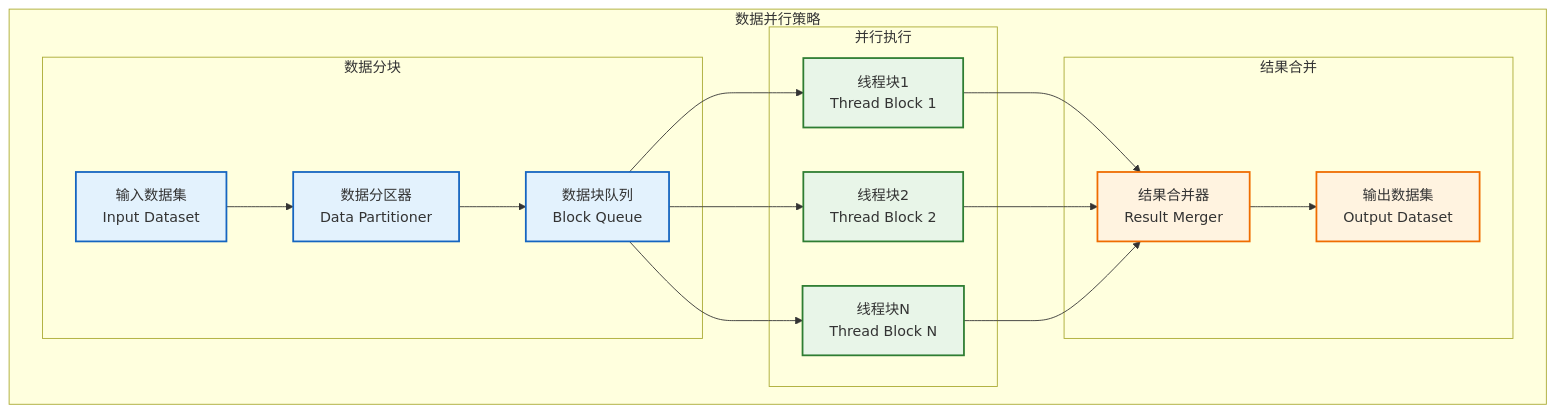
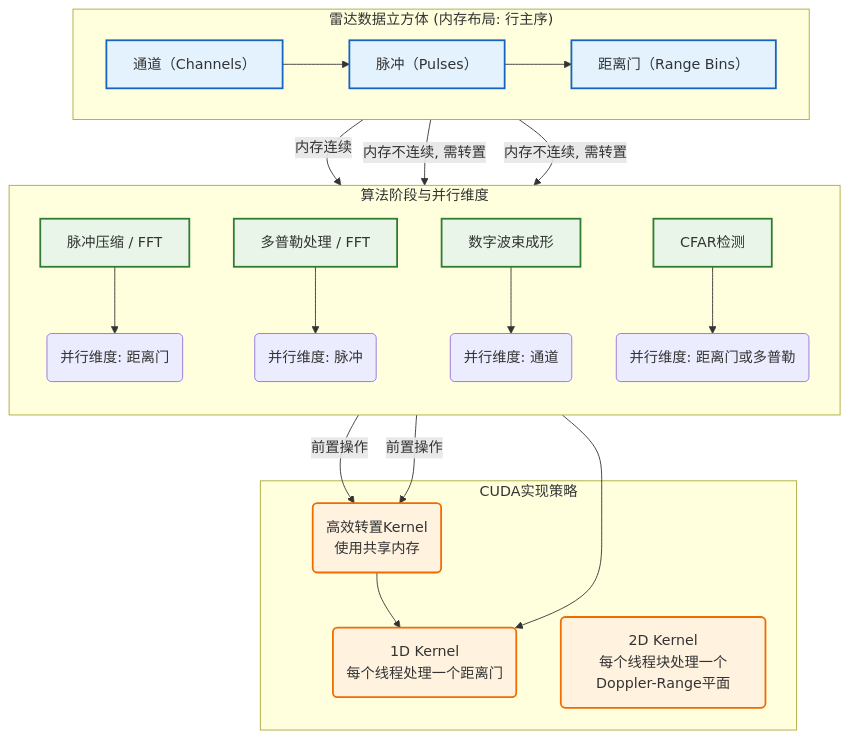
One commit to wendizhou99-cell/Radar changed diagram 13 of 15 in docs/01_项目设计/02_模块设计/02_信号处理模块设计.md. Above: the diagram before and after it, drawn with Mermaid. The commit also changed other lines of this file and 7 other files, not shown here.

````diff
--- a/docs/01_项目设计/02_模块设计/02_信号处理模块设计.md
+++ b/docs/01_项目设计/02_模块设计/02_信号处理模块设计.md
@@ -704,45 +759,39 @@
 ```mermaid
-flowchart LR
-    subgraph "数据并行策略"
+graph TD
+    subgraph "雷达数据立方体 (内存布局: 行主序)"
         direction LR
-
-        subgraph "数据分块"
-            INPUT_DATA[输入数据集<br/>Input Dataset]
-            DATA_PARTITIONER[数据分区器<br/>Data Partitioner]
-            BLOCK_QUEUE[数据块队列<br/>Block Queue]
-        end
-
-        subgraph "并行执行"
-            THREAD_BLOCK1[线程块1<br/>Thread Block 1]
-            THREAD_BLOCK2[线程块2<br/>Thread Block 2]
-            THREAD_BLOCKN[线程块N<br/>Thread Block N]
-        end
-
-        subgraph "结果合并"
-            RESULT_MERGER[结果合并器<br/>Result Merger]
-            OUTPUT_DATA[输出数据集<br/>Output Dataset]
-        end
-
-        %% 数据流向
-        INPUT_DATA --> DATA_PARTITIONER
-        DATA_PARTITIONER --> BLOCK_QUEUE
-
-        BLOCK_QUEUE --> THREAD_BLOCK1
-        BLOCK_QUEUE --> THREAD_BLOCK2
-        BLOCK_QUEUE --> THREAD_BLOCKN
-
-        THREAD_BLOCK1 --> RESULT_MERGER
-        THREAD_BLOCK2 --> RESULT_MERGER
-        THREAD_BLOCKN --> RESULT_MERGER
-
-        RESULT_MERGER --> OUTPUT_DATA
+        D_CHAN[通道（Channels）] --> D_PULSE[脉冲（Pulses）] --> D_RANGE[距离门（Range Bins）]
     end
 
-    classDef partition fill:#e3f2fd,stroke:#1565c0,stroke-width:2px
-    classDef parallel fill:#e8f5e8,stroke:#2e7d32,stroke-width:2px
-    classDef merge fill:#fff3e0,stroke:#ef6c00,stroke-width:2px
+    subgraph "算法阶段与并行维度"
+        direction TB
+        A_PULSE_COMP[脉冲压缩 / FFT] --> P_RANGE_BIN(并行维度: 距离门)
+        A_DOPPLER_FFT[多普勒处理 / FFT] --> P_PULSE(并行维度: 脉冲)
+        A_BEAMFORMING[数字波束成形] --> P_CHANNEL(并行维度: 通道)
+        A_CFAR[CFAR检测] --> P_RANGE_DOPPLER(并行维度: 距离门或多普勒)
+    end
 
-    class INPUT_DATA,DATA_PARTITIONER,BLOCK_QUEUE partition
-    class THREAD_BLOCK1,THREAD_BLOCK2,THREAD_BLOCKN parallel
-    class RESULT_MERGER,OUTPUT_DATA merge
+    subgraph "CUDA实现策略"
+        S_KERNEL_1D(1D Kernel<br/>每个线程处理一个距离门)
+        S_KERNEL_2D(2D Kernel<br/>每个线程块处理一个Doppler-Range平面)
+        S_TRANSPOSE(高效转置Kernel<br/>使用共享内存)
+    end
+
+    D_RANGE -- "内存连续" --> A_PULSE_COMP
+    A_PULSE_COMP --> S_KERNEL_1D
+
+    D_PULSE -- "内存不连续, 需转置" --> A_DOPPLER_FFT
+    A_DOPPLER_FFT -- "前置操作" --> S_TRANSPOSE
+    S_TRANSPOSE --> S_KERNEL_1D
+
+    D_CHAN -- "内存不连续, 需转置" --> A_BEAMFORMING
+    A_BEAMFORMING -- "前置操作" --> S_TRANSPOSE
+
+    classDef data fill:#e3f2fd,stroke:#1565c0,stroke-width:2px
+    classDef algo fill:#e8f5e8,stroke:#2e7d32,stroke-width:2px
+    classDef cuda fill:#fff3e0,stroke:#ef6c00,stroke-width:2px
+
+    class D_CHAN,D_PULSE,D_RANGE data
+    class A_PULSE_COMP,A_DOPPLER_FFT,A_BEAMFORMING,A_CFAR algo
+    class S_KERNEL_1D,S_KERNEL_2D,S_TRANSPOSE cuda
 ```
````
